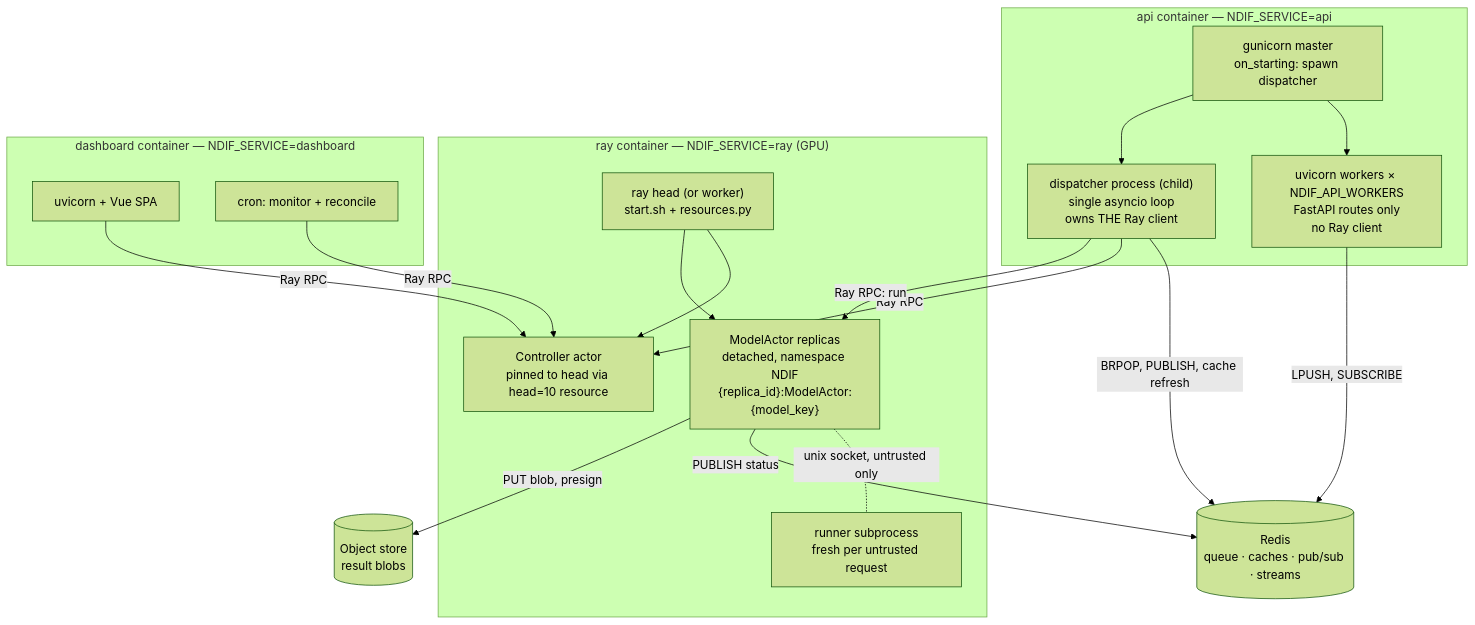
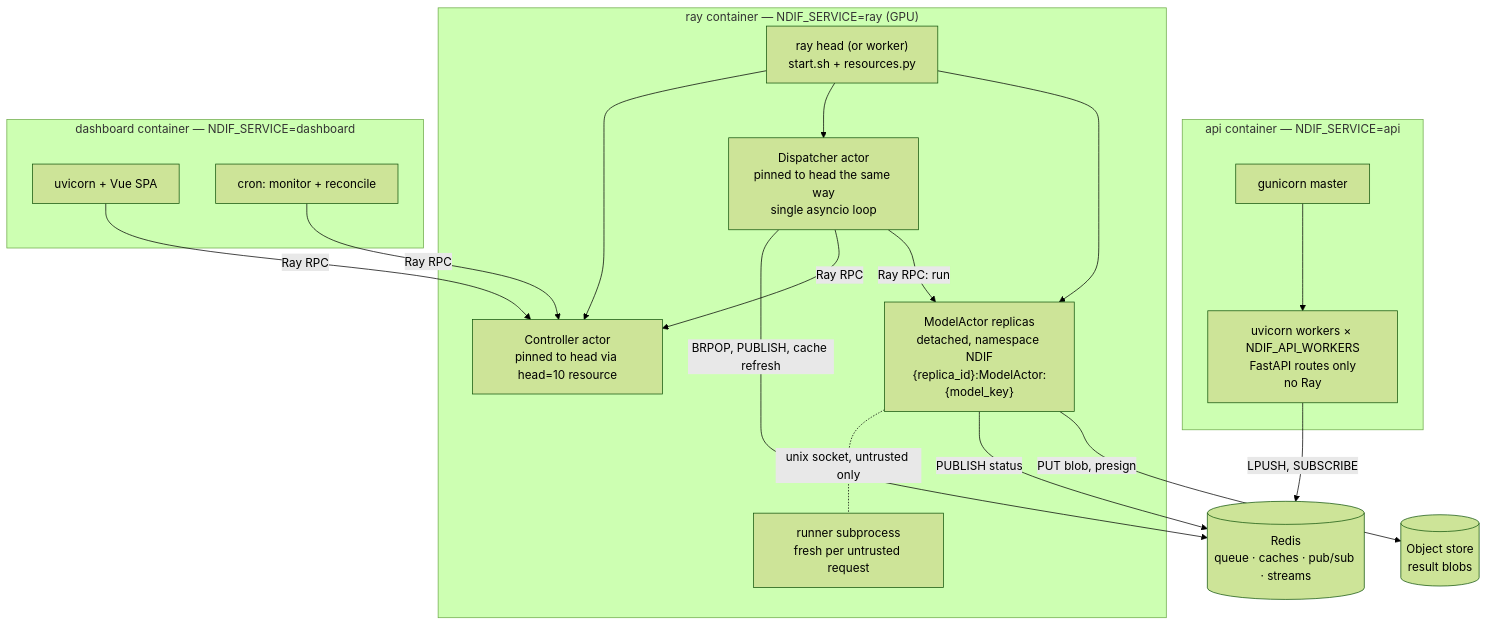
The diagram in docs/developing/architecture-overview.md (ndif-team/ndif), drawn with Mermaid (forest theme) before and after one commit. The commit also changed other lines of this file and 52 other files, not shown here.

````diff
--- a/docs/developing/architecture-overview.md
+++ b/docs/developing/architecture-overview.md
@@ -46,37 +47,37 @@
 ```mermaid
 flowchart TB
   subgraph apic["api container — NDIF_SERVICE=api"]
-    GM["gunicorn master<br/>on_starting: spawn dispatcher"]
-    UW["uvicorn workers × NDIF_API_WORKERS<br/>FastAPI routes only<br/>no Ray client"]
-    DP["dispatcher process (child)<br/>single asyncio loop<br/>owns THE Ray client"]
+    GM["gunicorn master"]
+    UW["uvicorn workers × NDIF_API_WORKERS<br/>FastAPI routes only<br/>no Ray"]
     GM --> UW
-    GM --> DP
   end
 
   subgraph rayc["ray container — NDIF_SERVICE=ray (GPU)"]
     HEAD["ray head (or worker)<br/>start.sh + resources.py"]
     CTRL["Controller actor<br/>pinned to head via head=10 resource"]
+    DP["Dispatcher actor<br/>pinned to head the same way<br/>single asyncio loop"]
     MA["ModelActor replicas<br/>detached, namespace NDIF<br/>{replica_id}:ModelActor:{model_key}"]
     RUN["runner subprocess<br/>fresh per untrusted request"]
     HEAD --> CTRL
+    HEAD --> DP
     HEAD --> MA
     MA -. "unix socket, untrusted only" .- RUN
   end
 
   subgraph dashc["dashboard container — NDIF_SERVICE=dashboard"]
     UV["uvicorn + Vue SPA"]
     CRON["cron: monitor + reconcile"]
   end
 
   R[("Redis<br/>queue · caches · pub/sub · streams")]
   S[("Object store<br/>result blobs")]
 
   UW -->|LPUSH, SUBSCRIBE| R
   DP -->|BRPOP, PUBLISH, cache refresh| R
   DP -->|Ray RPC| CTRL
   DP -->|Ray RPC: run| MA
   MA -->|PUBLISH status| R
   MA -->|PUT blob, presign| S
   CRON -->|Ray RPC| CTRL
   UV -->|Ray RPC| CTRL
 ```
````
